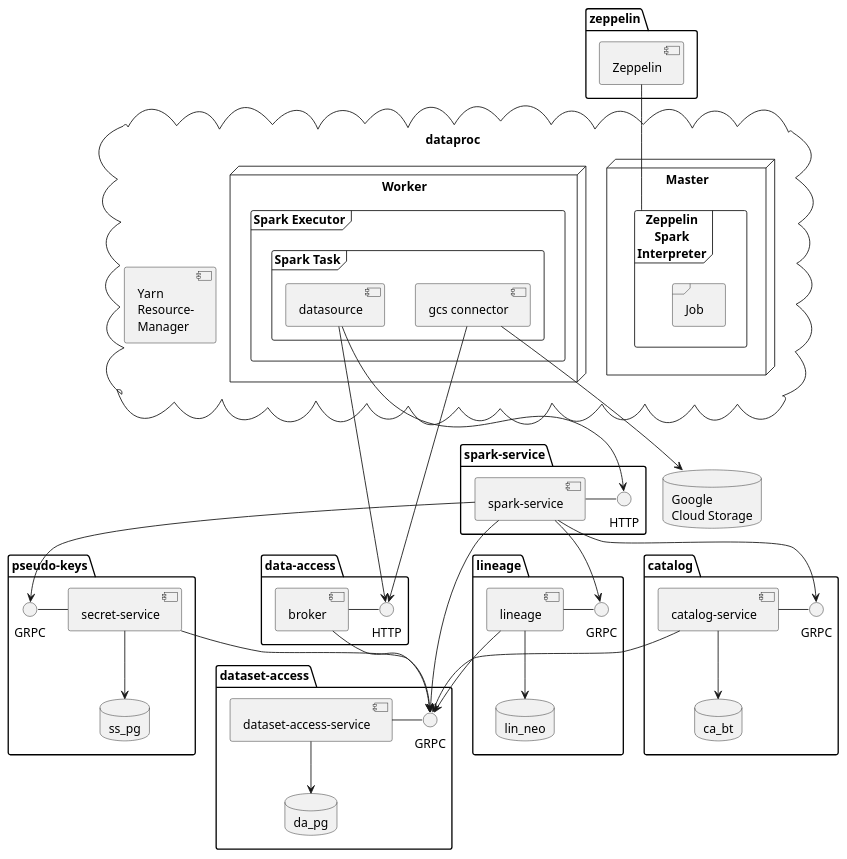
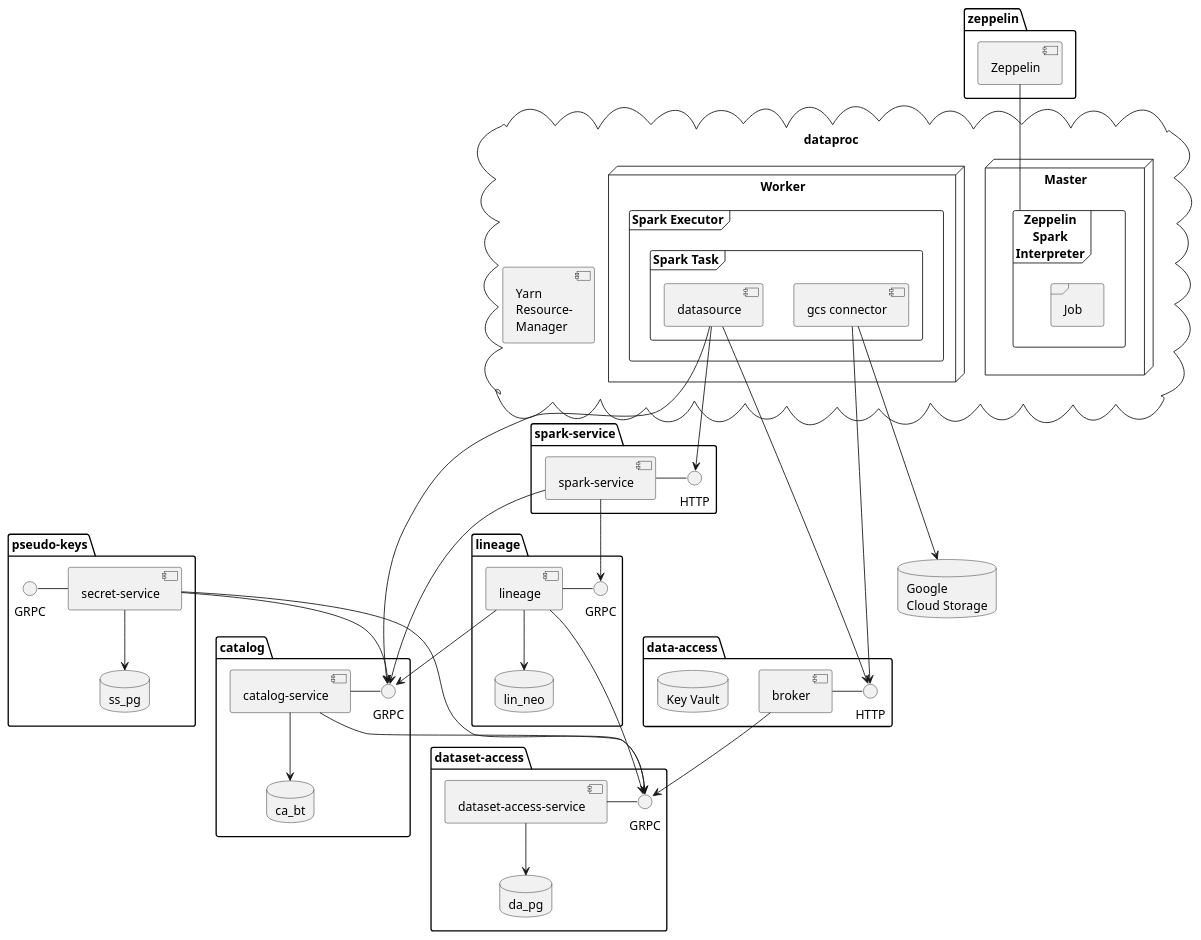
Before and after one commit to statisticsnorway/dapla-project: the diagram in doc/components.puml, drawn with PlantUML.

Commit message:
Update component integrations

```diff
--- a/doc/components.puml
+++ b/doc/components.puml
@@ -1,89 +1,92 @@
 @startuml
 
   package "dataset-access" {
     () "GRPC" as da_proto
     [dataset-access-service] as da_s
     da_s - da_proto
     da_s --> da_pg
     database "Postgres" as da_pg {
     }
   }
 
   package "catalog" {
     () "GRPC" as ca_proto
     [catalog-service] as ca_s
     ca_s - ca_proto
-    ca_s -> da_proto
+    ca_s --> da_proto
     ca_s --> ca_bt
     database "Bigtable" as ca_bt {
     }
   }
 
   package "pseudo-keys" {
     () "GRPC" as pk_proto
     [secret-service] as ss_s
     pk_proto - ss_s
     ss_s --> ss_pg
     ss_s --> da_proto
+    ss_s --> ca_proto
     database "Postgres" as ss_pg {
     }
   }
 
   package "lineage" {
     () "GRPC" as lin_proto
     [lineage] as lin_s
     lin_s - lin_proto
+    lin_s --> ca_proto
     lin_s --> lin_neo
     lin_s --> da_proto
     database "Neo4j" as lin_neo {
     }
   }
 
   package "spark-service" {
     () "HTTP" as ss_http
     [spark-service] as sp_s
     sp_s - ss_http
     sp_s --> ca_proto
-    sp_s ---> da_proto
-    sp_s --> pk_proto
     sp_s --> lin_proto
   }
 
   package "data-access" {
     () "HTTP" as broker_http
     [broker] as br_s
     br_s - broker_http
     br_s --> da_proto
+    database "Key Vault" as broker_pg {
+    }
   }
 
   database "Google\nCloud Storage" as gcs {
   }
 
   cloud "dataproc" as pkg_haadop {
     [Yarn\nResource-\nManager] as yarn
     node "Master" as masternode {
       frame "Zeppelin\nSpark\nInterpreter" as interpreter {
         frame "Job" as job {
         }
       }
     }
     node "Worker" as worker {
       frame "Spark Executor" as executor {
         frame "Spark Task" as task {
           [datasource] as datasource
           datasource --> ss_http
           [gcs connector] as gcs_connector_w
           gcs_connector_w ---> gcs
           gcs_connector_w ----> broker_http
           datasource --> broker_http
+          datasource --> ca_proto
         }
       }
     }
   }
 
   package "zeppelin" {
     [Zeppelin] -- interpreter
   }
 
 
 @enduml
```
